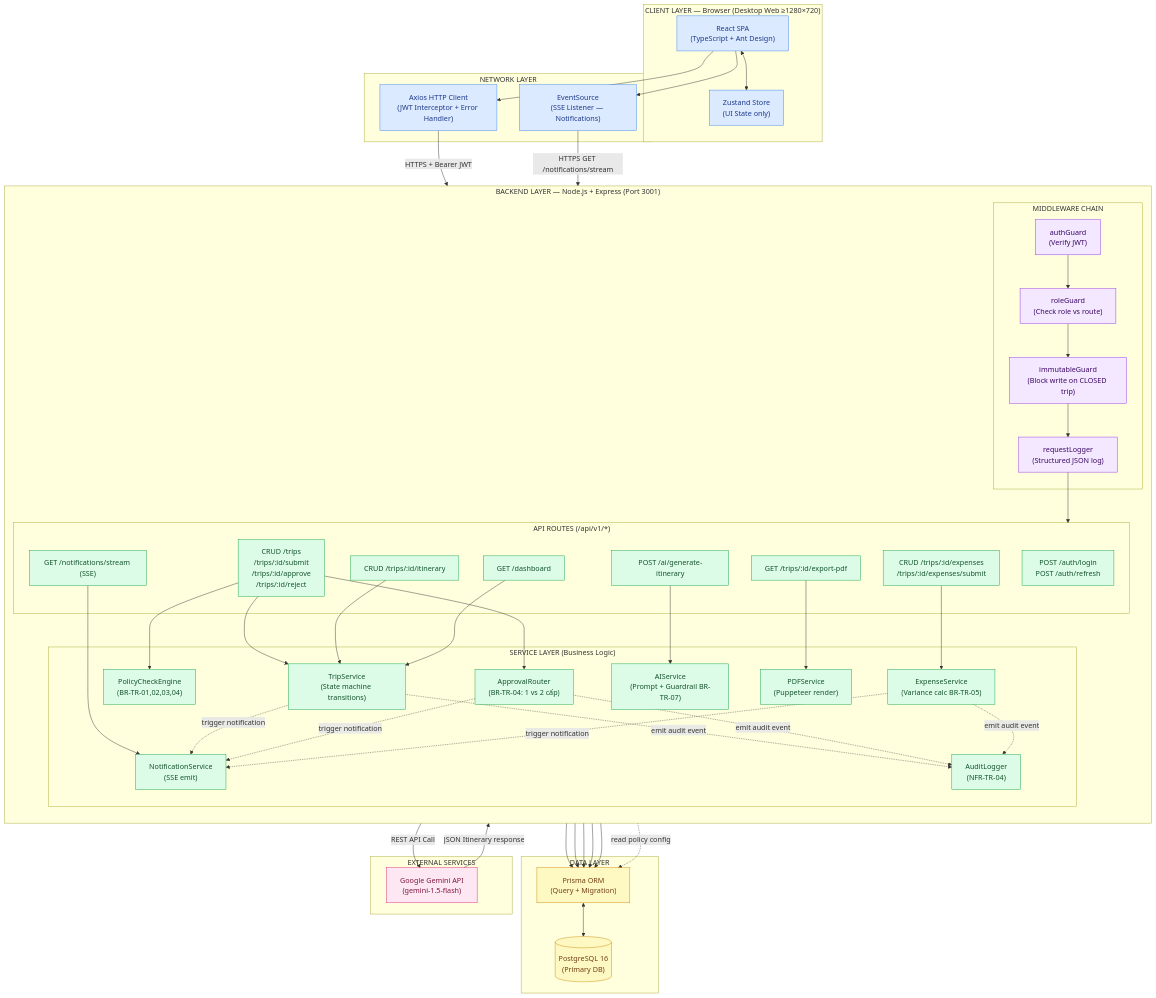
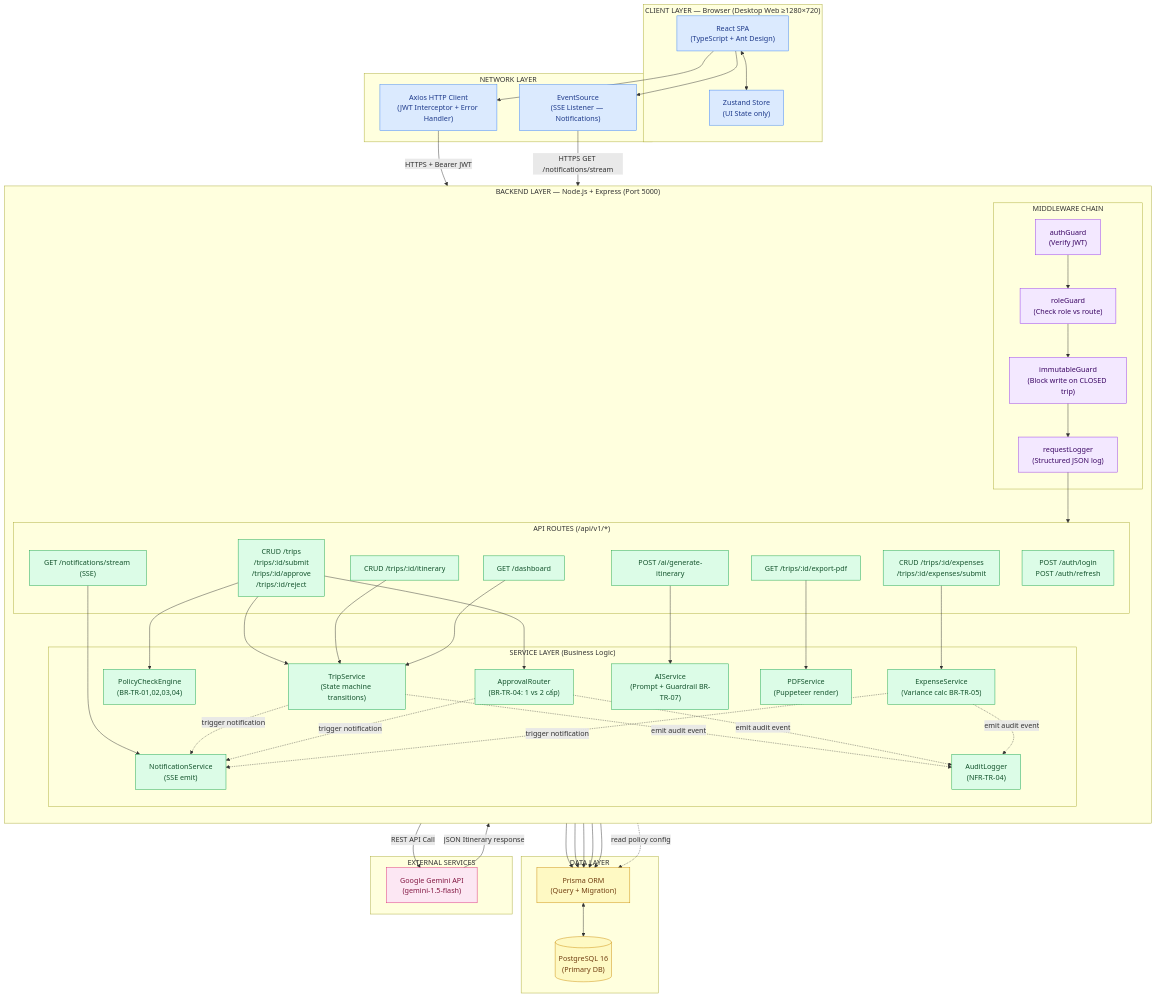
One commit to mynhi1011/Smart-Travel-Business-Trip-Management changed the first of 6 diagrams in docs/05-technical/architecture.md. Above: the diagram before and after it, drawn with Mermaid. The commit also changed 20 other files, not shown here.

```diff
--- a/docs/05-technical/architecture.md
+++ b/docs/05-technical/architecture.md
@@ -123,7 +123,7 @@
         SSE_CLIENT["EventSource\n(SSE Listener — Notifications)"]
     end
 
-    subgraph SERVER["BACKEND LAYER — Node.js + Express (Port 3001)"]
+    subgraph SERVER["BACKEND LAYER — Node.js + Express (Port 5000)"]
         direction TB
 
         subgraph MIDDLEWARE["MIDDLEWARE CHAIN"]
```
